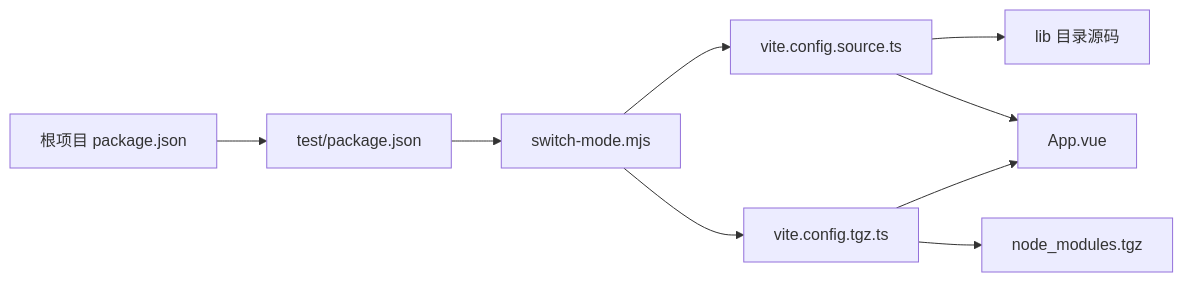
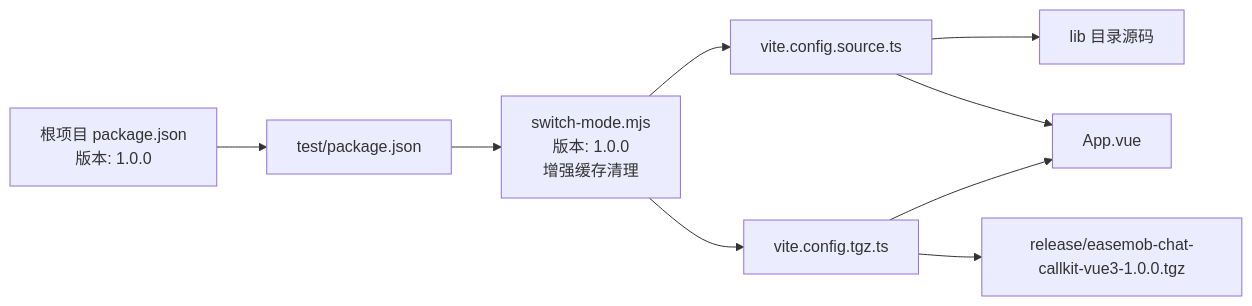
One commit to Easemob-Community/easemob-uikit-callkit-vue3 changed the seventh of 7 diagrams in .qoder/repowiki/zh/content/开发指南/测试指南.md. Above: the diagram before and after it, drawn with Mermaid. The commit also changed other lines of this file and 40 other files, not shown here.

````diff
--- a/.qoder/repowiki/zh/content/开发指南/测试指南.md
+++ b/.qoder/repowiki/zh/content/开发指南/测试指南.md
@@ -278,11 +309,11 @@
 ```mermaid
 graph LR
-Root["根项目 package.json"] --> TestPkg["test/package.json"]
-TestPkg --> Switch["switch-mode.mjs"]
+Root["根项目 package.json<br/>版本: 1.0.0"] --> TestPkg["test/package.json"]
+TestPkg --> Switch["switch-mode.mjs<br/>版本: 1.0.0<br/>增强缓存清理"]
 Switch --> SrcCfg["vite.config.source.ts"]
 Switch --> TgzCfg["vite.config.tgz.ts"]
 SrcCfg --> Lib["lib 目录源码"]
-TgzCfg --> Nm["node_modules.tgz"]
+TgzCfg --> Release["release/easemob-chat-callkit-vue3-1.0.0.tgz"]
 SrcCfg --> App["App.vue"]
 TgzCfg --> App
 ```
````
